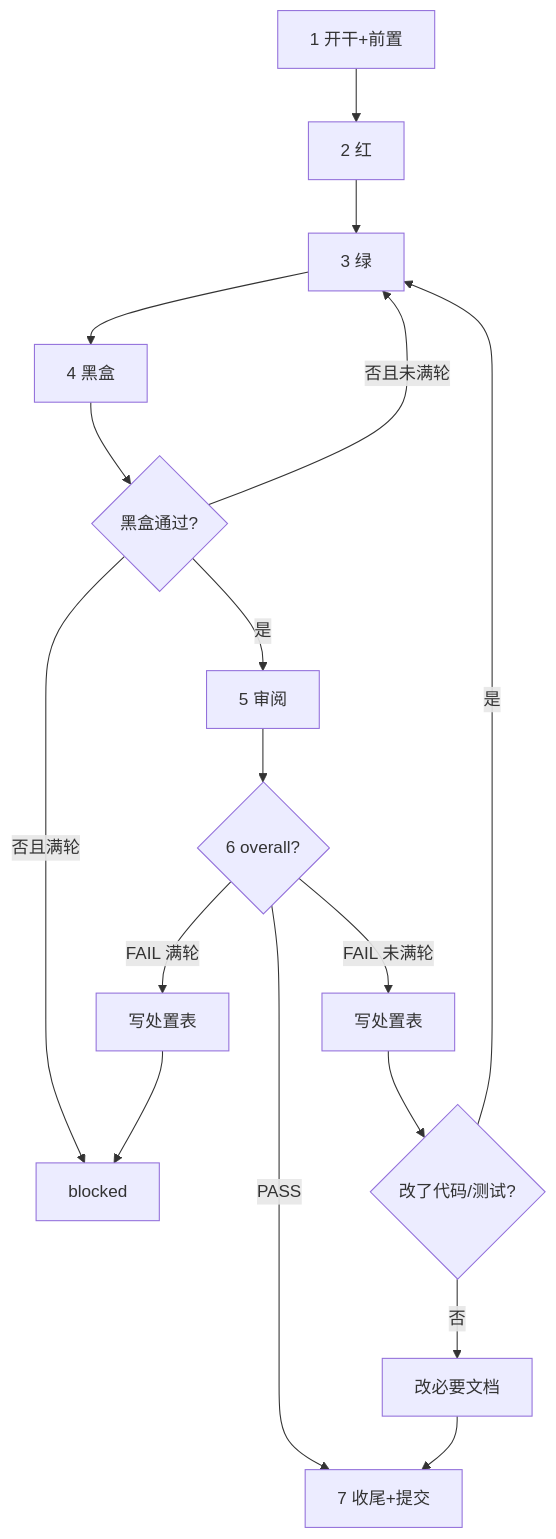
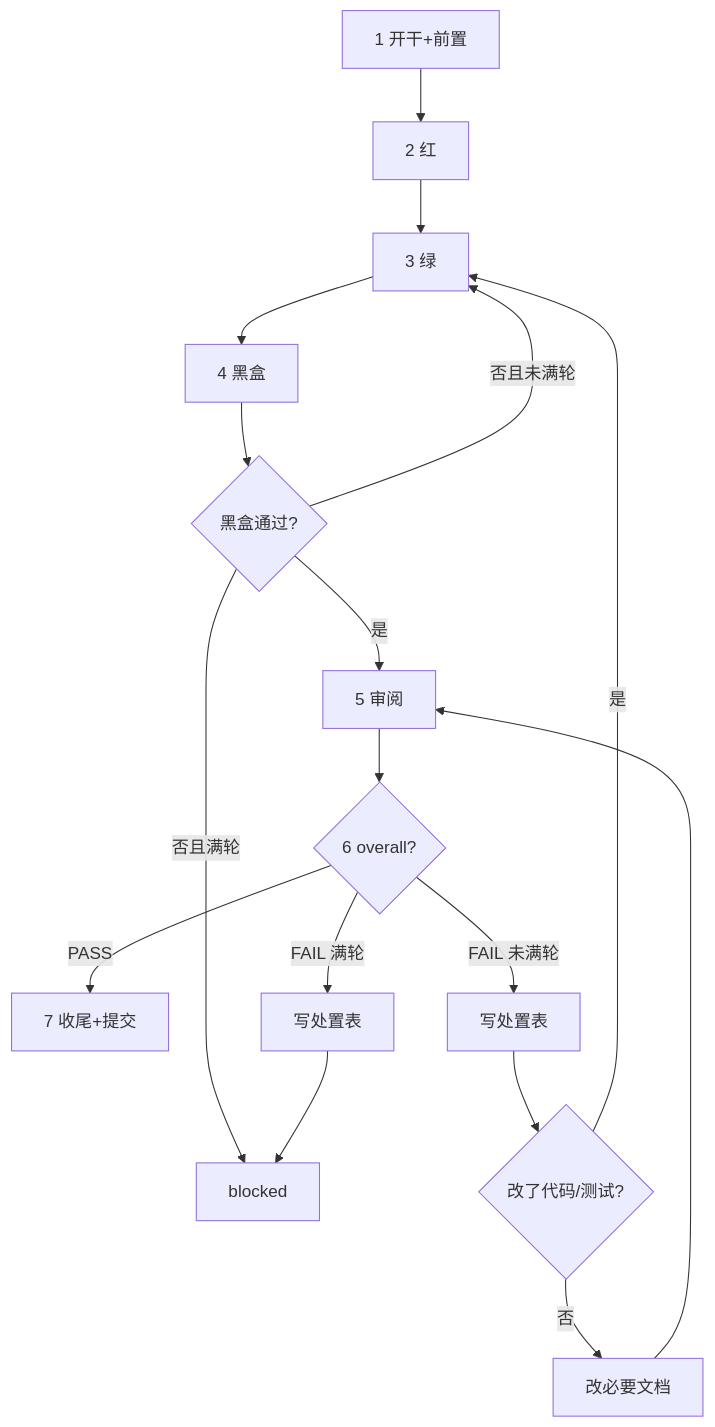
The diagram in .agents/skills/tasks-run/SKILL.md (TuTouPower/repo_template), drawn with Mermaid before and after one commit. The commit also changed other lines of this file and 23 other files, not shown here.

````diff
--- a/.agents/skills/tasks-run/SKILL.md
+++ b/.agents/skills/tasks-run/SKILL.md
@@ -39,17 +39,17 @@
 ```mermaid
 flowchart TD
     S1["1 开干+前置"] --> S2["2 红"]
     S2 --> S3["3 绿"]
     S3 --> S4["4 黑盒"]
     S4 --> B1{"黑盒通过?"}
     B1 -->|否且未满轮| S3
     B1 -->|否且满轮| BLK["blocked"]
     B1 -->|是| S5["5 审阅"]
     S5 --> D{"6 overall?"}
     D -->|PASS| S7["7 收尾+提交"]
     D -->|FAIL 未满轮| W["写处置表"]
     W --> C{"改了代码/测试?"}
     C -->|是| S3
-    C -->|否| DOC["改必要文档"] --> S7
+    C -->|否| DOC["改必要文档"] --> S5
     D -->|FAIL 满轮| W2["写处置表"] --> BLK
 ```
````
